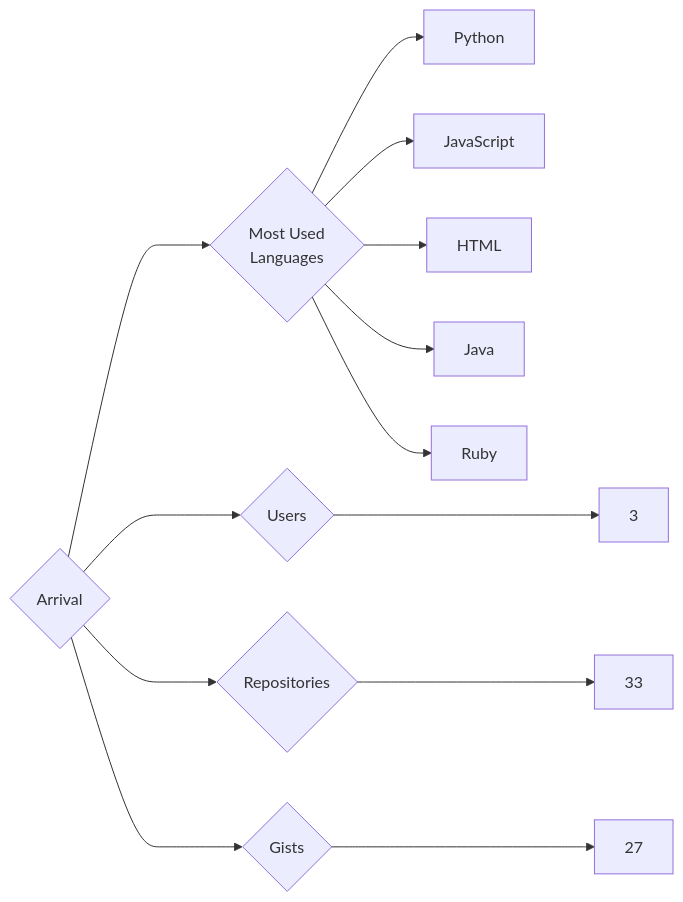
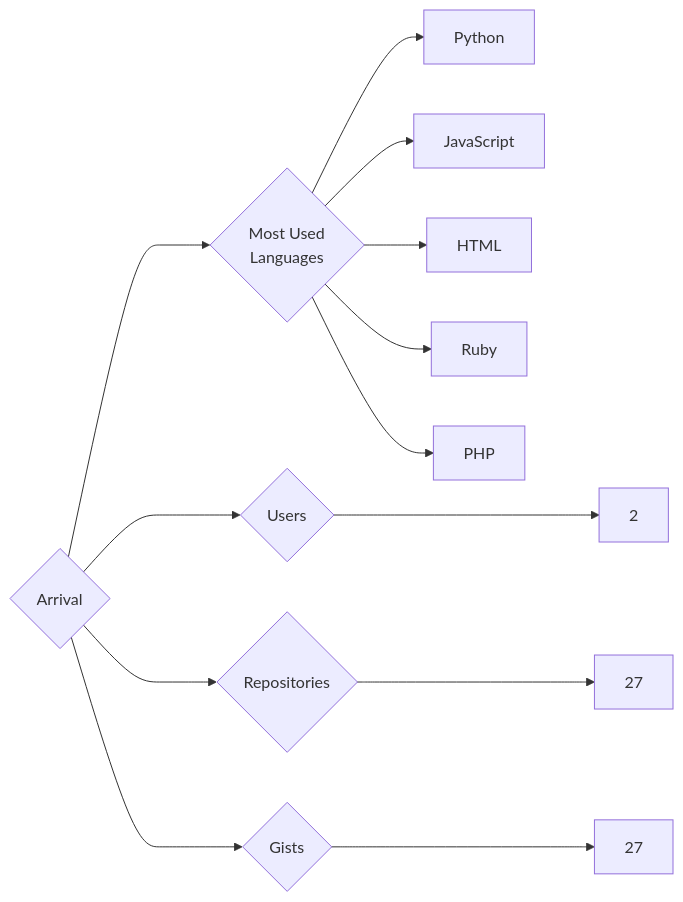
The diagram in targets/Arrival/README.md (trickest/insiders), drawn with Mermaid before and after one commit. The commit also changed 1003 other files, not shown here.

````diff
--- a/targets/Arrival/README.md
+++ b/targets/Arrival/README.md
@@ -3,13 +3,13 @@
 ```mermaid
 graph LR
 COMPANY_NAME{Arrival}
-COMPANY_NAME ---> U{Users} ---> UN[3]
-COMPANY_NAME ---> R{Repositories} ---> RN[33]
+COMPANY_NAME ---> U{Users} ---> UN[2]
+COMPANY_NAME ---> R{Repositories} ---> RN[27]
 COMPANY_NAME ---> G{Gists} ---> GN[27]
 COMPANY_NAME ---> ML{Most Used<br>Languages}
 ML --> Python[Python]
 ML --> JavaScript[JavaScript]
 ML --> HTML[HTML]
-ML --> Java[Java]
 ML --> Ruby[Ruby]
+ML --> PHP[PHP]
 ```
````
